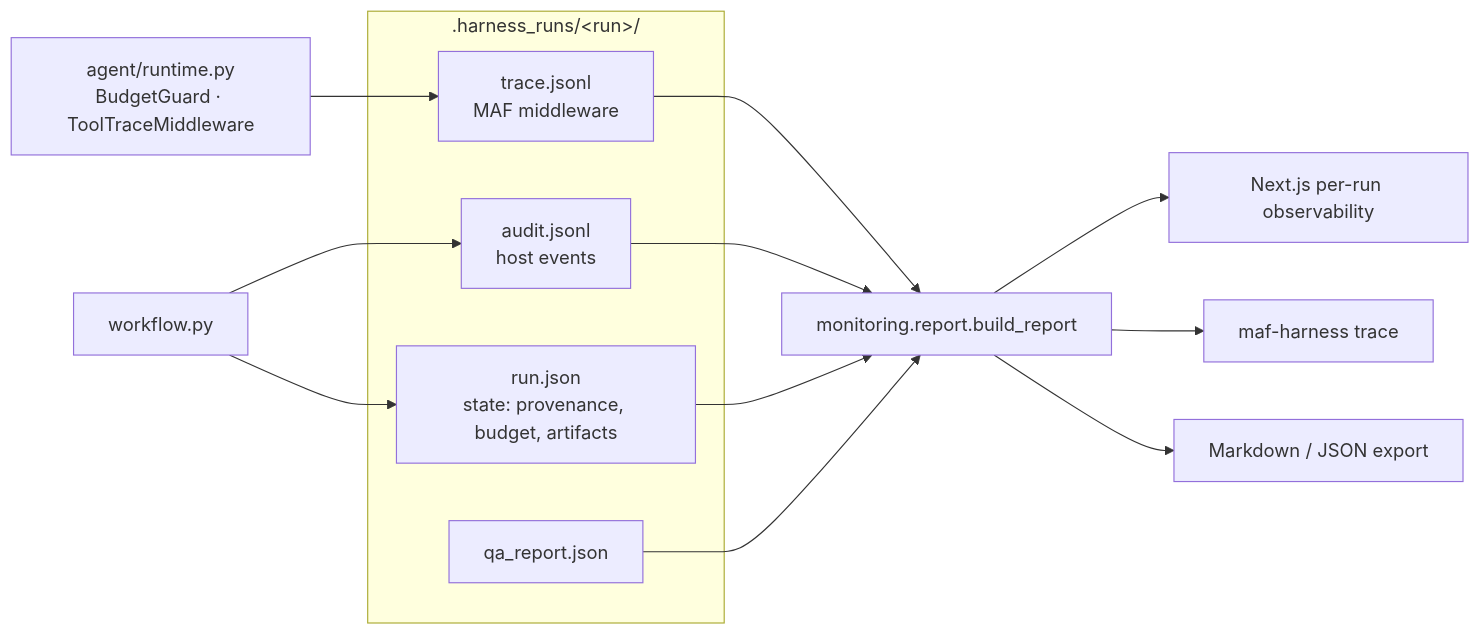
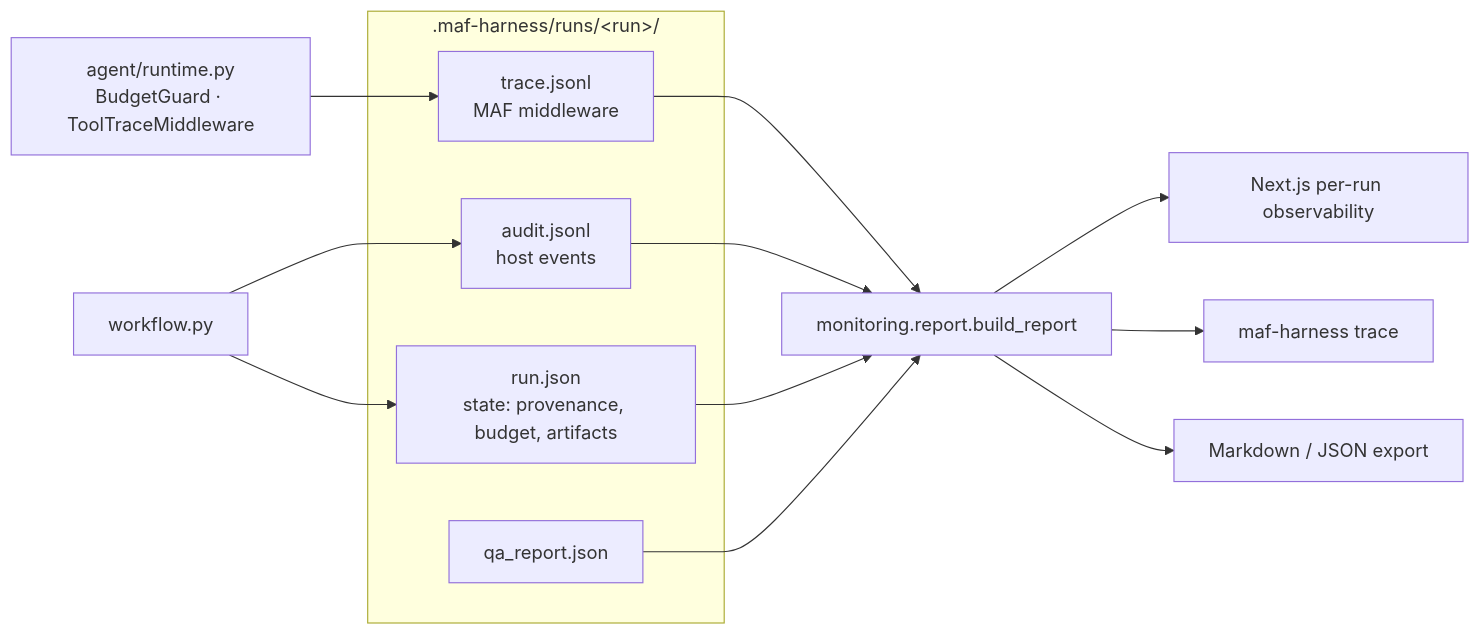
The diagram in docs/OBSERVABILITY.md (sarveshtalele/maf-harness-testing), drawn with Mermaid before and after one commit. The commit also changed other lines of this file and 14 other files, not shown here.

````diff
--- a/docs/OBSERVABILITY.md
+++ b/docs/OBSERVABILITY.md
@@ -27,19 +27,19 @@
 ```mermaid
 flowchart LR
-  subgraph run[".harness_runs/&lt;run&gt;/"]
+  subgraph run[".maf-harness/runs/&lt;run&gt;/"]
     T[trace.jsonl<br/>MAF middleware]
     A[audit.jsonl<br/>host events]
     R[run.json<br/>state: provenance, budget, artifacts]
     Q[qa_report.json]
   end
   RT[agent/runtime.py<br/>BudgetGuard · ToolTraceMiddleware] --> T
   WF[workflow.py] --> A
   WF --> R
   T --> B[monitoring.report.build_report]
   A --> B
   R --> B
   Q --> B
   B --> UI[Next.js per-run observability]
   B --> CLI[maf-harness trace]
   B --> MD[Markdown / JSON export]
 ```
````
